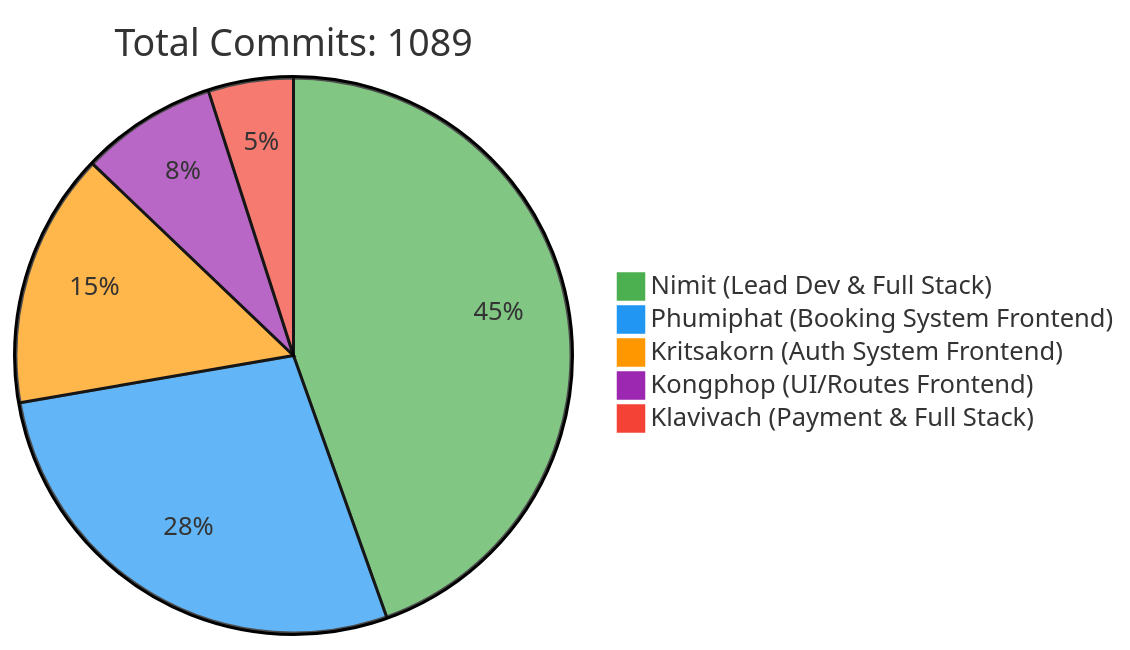
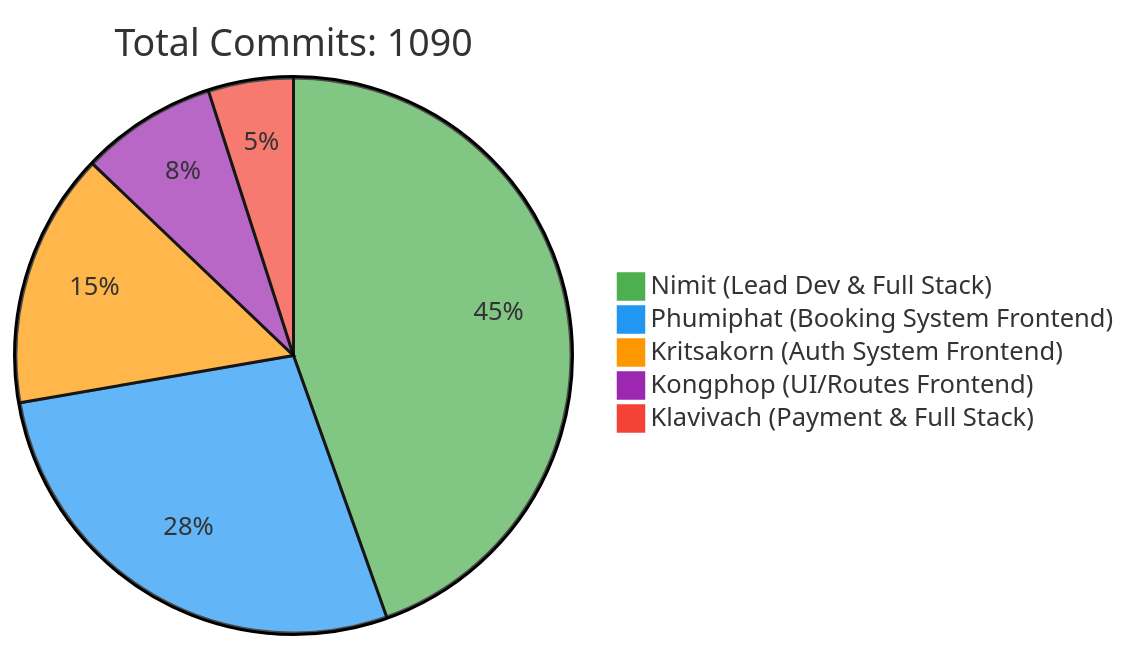
One commit to 6531503042/Sport-Complex changed the first of 2 diagrams in README.md. Above: the diagram before and after it, drawn with Mermaid. The commit also changed other lines of this file, not shown here.

Commit message:
docs: Update contributor statistics [skip ci]

````diff
--- a/README.md
+++ b/README.md
@@ -257,10 +257,10 @@
 ```mermaid
 %%{init: {'theme': 'base', 'themeVariables': { 'pie1': '#4CAF50', 'pie2': '#2196F3', 'pie3': '#FF9800', 'pie4': '#9C27B0', 'pie5': '#F44336'}}}%%
 pie
-    title Total Commits: 1089
+    title Total Commits: 1090
     "Nimit (Lead Dev & Full Stack)" : 450
     "Phumiphat (Booking System Frontend)" : 280
     "Kritsakorn (Auth System Frontend)" : 150
     "Kongphop (UI/Routes Frontend)" : 80
     "Klavivach (Payment & Full Stack)" : 50
 ```
````
